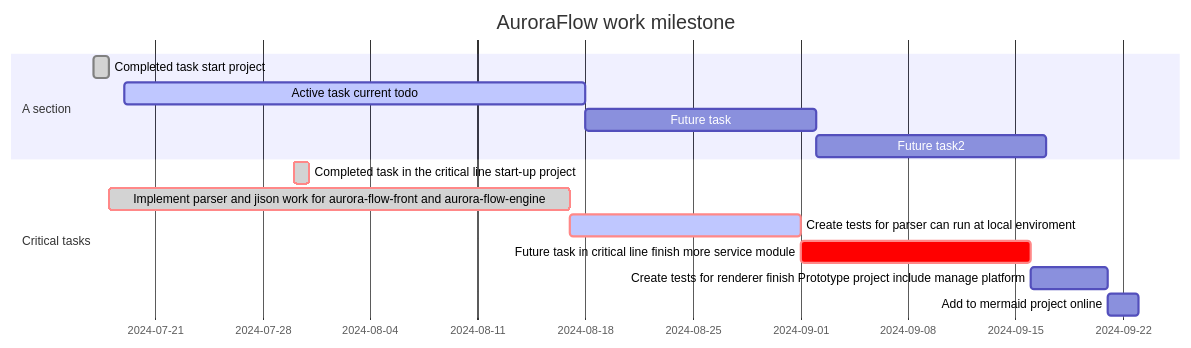
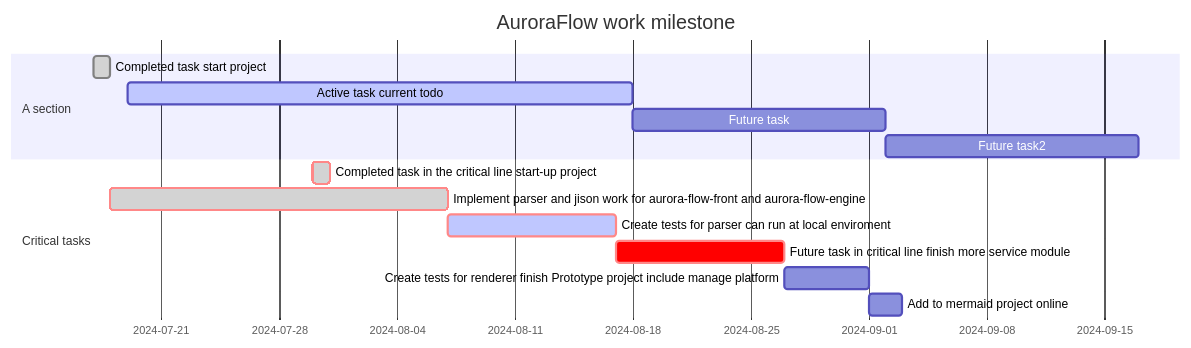
One commit to AuroraFlowLab/.github changed the diagram in profile/README.md. Above: the diagram before and after it, drawn with Mermaid.

````diff
--- a/profile/README.md
+++ b/profile/README.md
@@ -34,17 +34,17 @@
 ```mermaid
     gantt
     dateFormat  YYYY-MM-DD
     title AuroraFlow work milestone
     section A section
     Completed task start project            :done,    des1, 2024-07-17,2024-07-18
     Active task current todo              :active,  des2, 2024-07-19, 30d
     Future task               :         des3, after des2, 15d
     Future task2               :         des4, after des3, 15d
     section Critical tasks
     Completed task in the critical line    start-up project :crit, done, 2024-07-30,24h
-    Implement parser and jison    work for aurora-flow-front and aurora-flow-engine          :crit, done, after des1, 30d
-    Create tests for parser    can run at local enviroment         :crit, active, 15d
-    Future task in critical line    finish more service module    :crit, 15d
+    Implement parser and jison    work for aurora-flow-front and aurora-flow-engine          :crit, done, after des1, 20d
+    Create tests for parser    can run at local enviroment         :crit, active, 10d
+    Future task in critical line    finish more service module    :crit, 10d
     Create tests for renderer         finish Prototype project include manage platform                :5d
     Add to mermaid          project online            :2d
 ```
````
